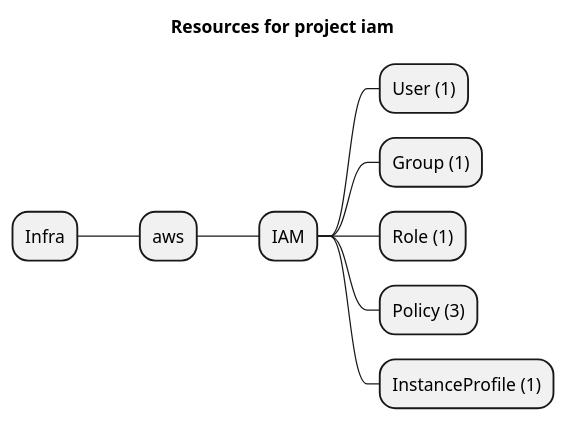
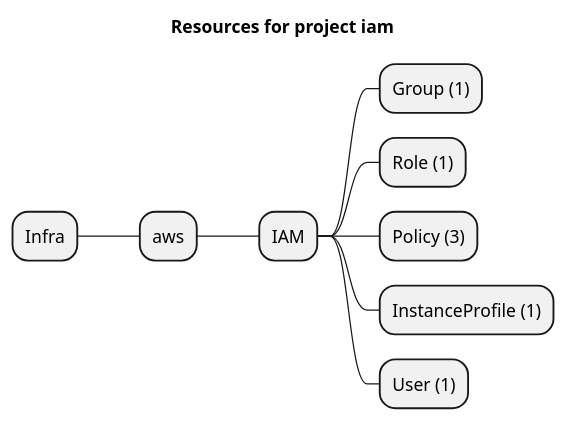
The diagram in examples/aws/IAM/iam/artifacts/resources-mindmap.puml (grucloud/grucloud), drawn with PlantUML before and after one commit. The commit also changed other lines of this file and 38 other files, not shown here.

```diff
--- a/examples/aws/IAM/iam/artifacts/resources-mindmap.puml
+++ b/examples/aws/IAM/iam/artifacts/resources-mindmap.puml
@@ -1,12 +1,12 @@
 @startmindmap
 title Resources for project iam
 skinparam monochrome true
 + Infra
 ++ aws
 +++ IAM
-++++ User (1)
 ++++ Group (1)
 ++++ Role (1)
 ++++ Policy (3)
 ++++ InstanceProfile (1)
+++++ User (1)
 @endmindmap
```
